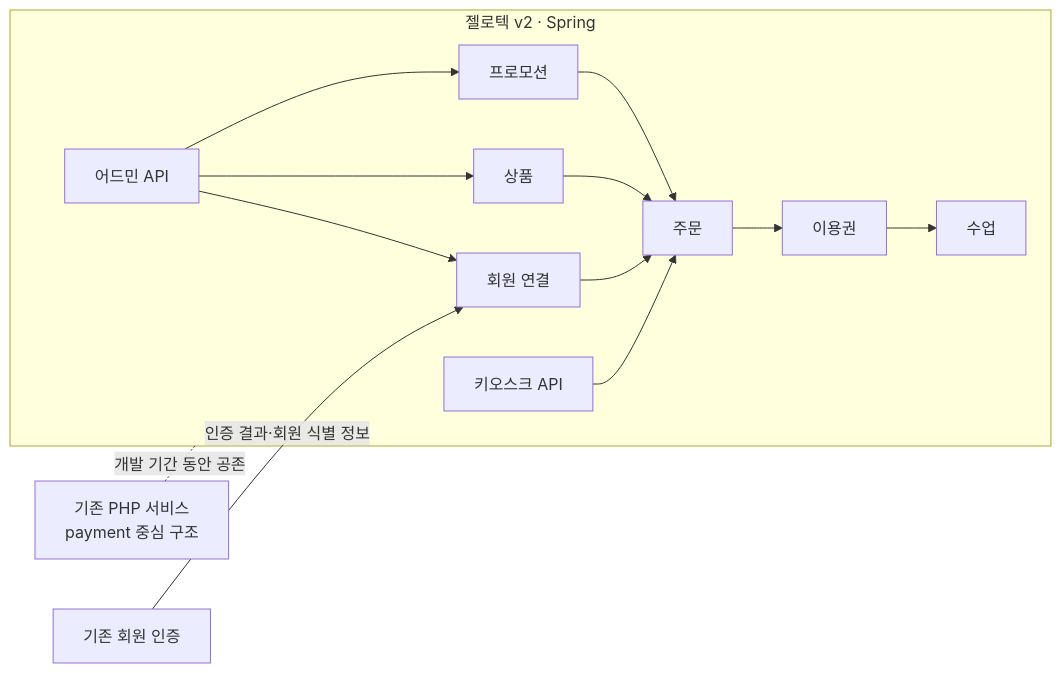
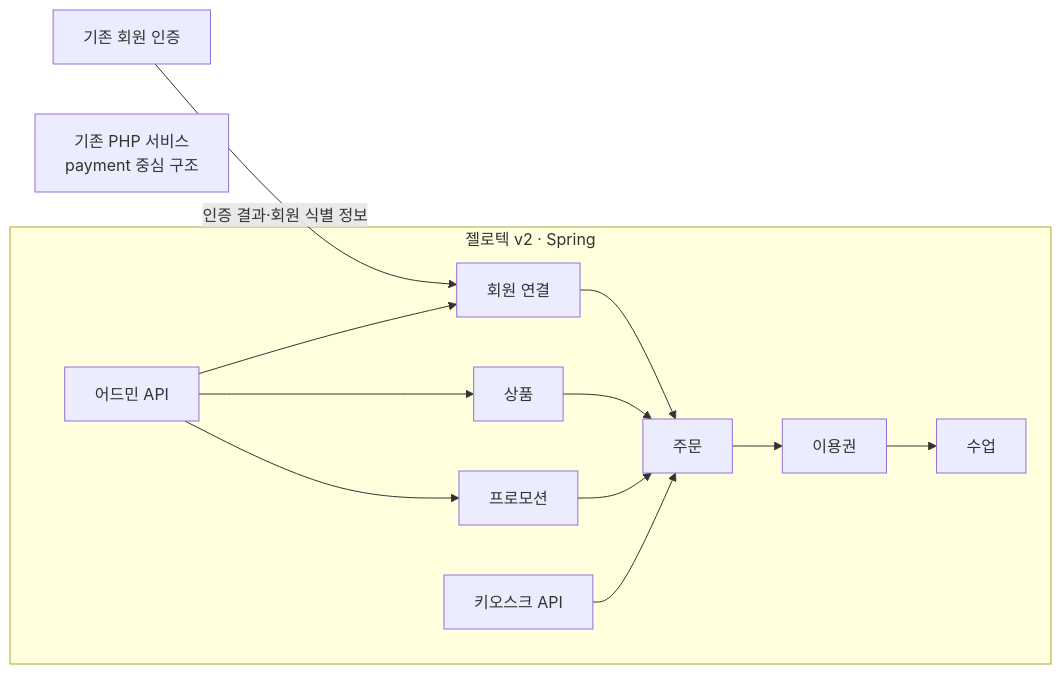
The first of 3 diagrams in src/content/experience/hunik.mdx (Hong1008/portfolio), drawn with Mermaid before and after one commit. The commit also changed other lines of this file and 2 other files, not shown here.

Commit message:
feat: add Mermaid SVG boundary validation to verify script and improve responsive styling for Mermaid diagrams

````diff
--- a/src/content/experience/hunik.mdx
+++ b/src/content/experience/hunik.mdx
@@ -192,30 +192,29 @@
 ```mermaid
 flowchart LR
 accTitle: 레거시 서비스와 젤로텍 v2의 책임 경계
 accDescr: 기존 PHP 서비스는 유지하고 신규 Spring 시스템 내부에서 회원, 상품, 이용권, 프로모션, 수업과 주문 책임을 나눈 구조
     LEGACY["기존 PHP 서비스<br/>payment 중심 구조"]
     AUTH["기존 회원 인증"]
 
     subgraph NEW["젤로텍 v2 · Spring"]
         MEMBER["회원 연결"]
         PRODUCT["상품"]
         PASS["이용권"]
         PROMOTION["프로모션"]
         CLASS["수업"]
         ORDER["주문"]
         ADMIN["어드민 API"]
         KIOSK["키오스크 API"]
     end
 
     AUTH -->|"인증 결과·회원 식별 정보"| MEMBER
     MEMBER --> ORDER
     PRODUCT --> ORDER
     PROMOTION --> ORDER
     ORDER --> PASS
     PASS --> CLASS
     ADMIN --> MEMBER
     ADMIN --> PRODUCT
     ADMIN --> PROMOTION
     KIOSK --> ORDER
-    LEGACY -. "개발 기간 동안 공존" .- NEW
 ```
````
